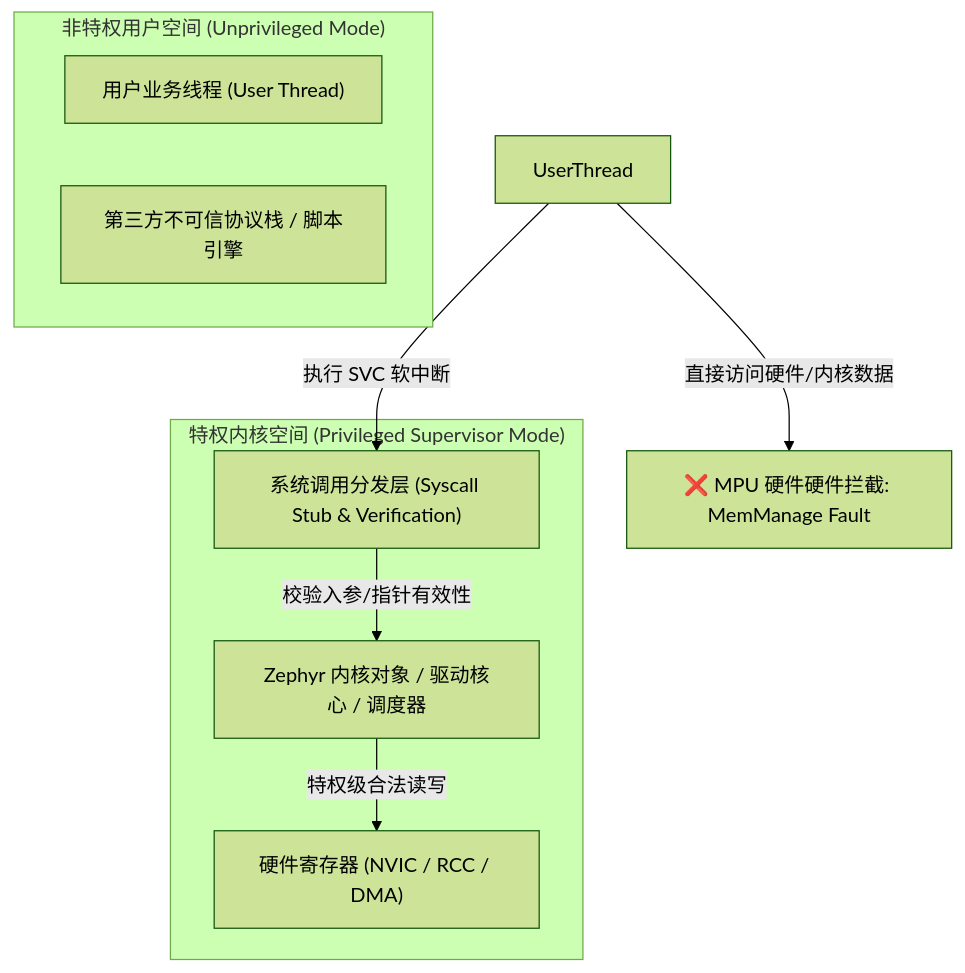
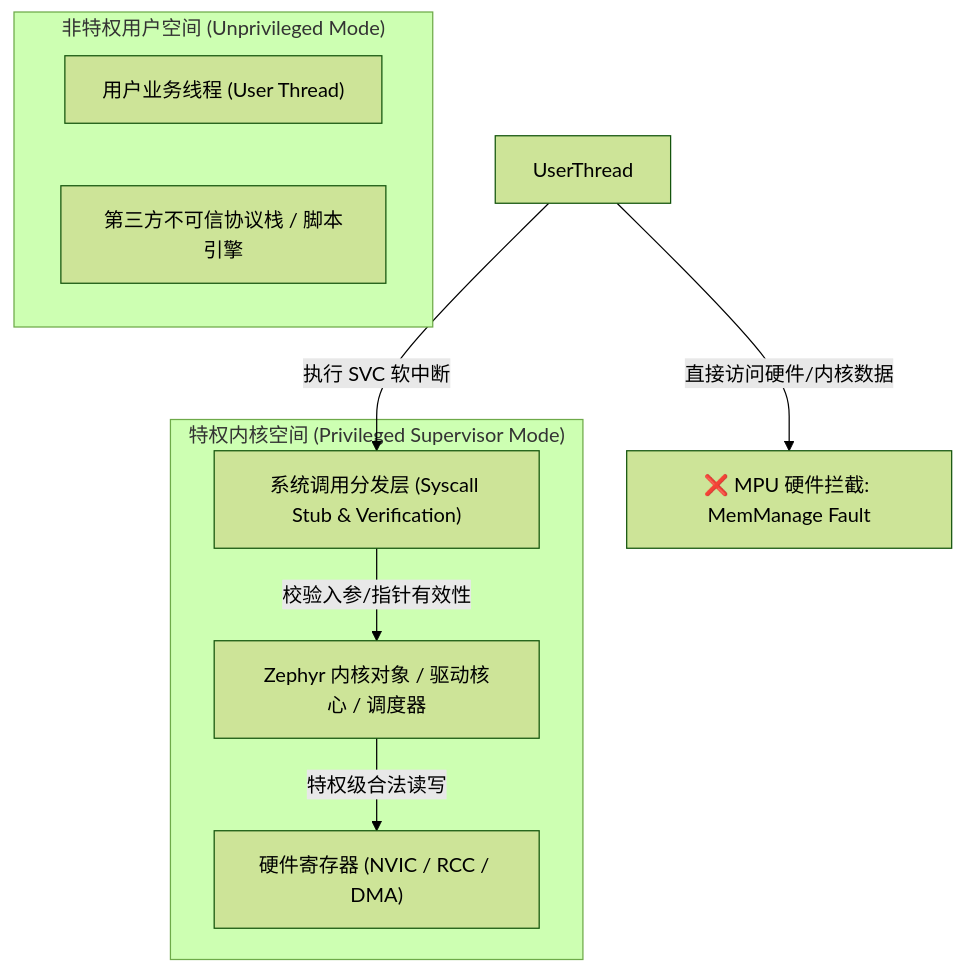
The first of 3 diagrams in RTOS/03-Zephyr-Deep-Dive/06-memory-protection-userspace-syscall.md (YvainZhang/YvainZhang.github.io), drawn with Mermaid (forest theme) before and after one commit. The commit also changed other lines of this file and 44 other files, not shown here.

````diff
--- a/RTOS/03-Zephyr-Deep-Dive/06-memory-protection-userspace-syscall.md
+++ b/RTOS/03-Zephyr-Deep-Dive/06-memory-protection-userspace-syscall.md
@@ -10,18 +10,18 @@
 ```mermaid
 flowchart TD
     subgraph UserSpace["非特权用户空间 (Unprivileged Mode)"]
         AppThread["用户业务线程 (User Thread)"]
         ThirdParty["第三方不可信协议栈 / 脚本引擎"]
     end
 
     subgraph KernelSpace["特权内核空间 (Privileged Supervisor Mode)"]
         SyscallStub["系统调用分发层 (Syscall Stub & Verification)"]
         KernelCore["Zephyr 内核对象 / 驱动核心 / 调度器"]
         HW["硬件寄存器 (NVIC / RCC / DMA)"]
     end
 
-    UserThread -->|直接访问硬件/内核数据| Blocked["❌ MPU 硬件硬件拦截: MemManage Fault"]
-    UserThread -->|执行 SVC 软中断| SyscallStub
-    SyscallStub -->|校验入参/指针有效性| KernelCore
-    KernelCore -->|特权级合法读写| HW
+    UserThread -->|"直接访问硬件/内核数据"| Blocked["❌ MPU 硬件拦截: MemManage Fault"]
+    UserThread -->|"执行 SVC 软中断"| SyscallStub
+    SyscallStub -->|"校验入参/指针有效性"| KernelCore
+    KernelCore -->|"特权级合法读写"| HW
 ```
````
